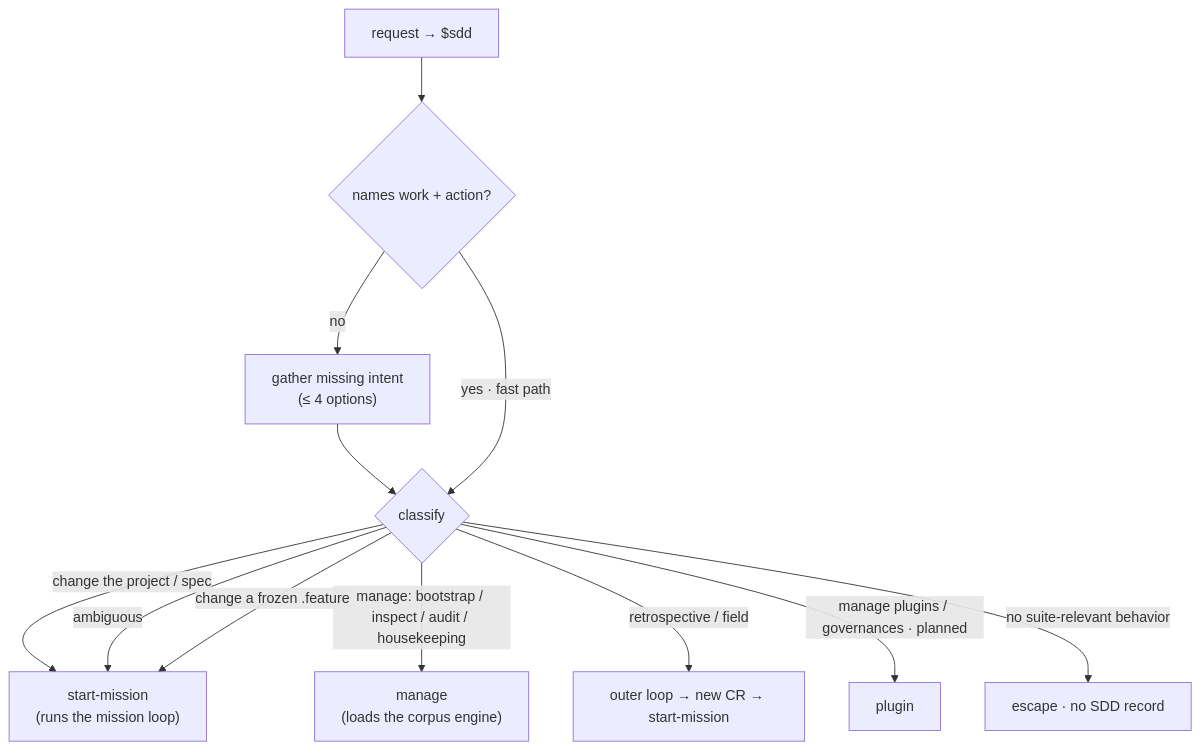
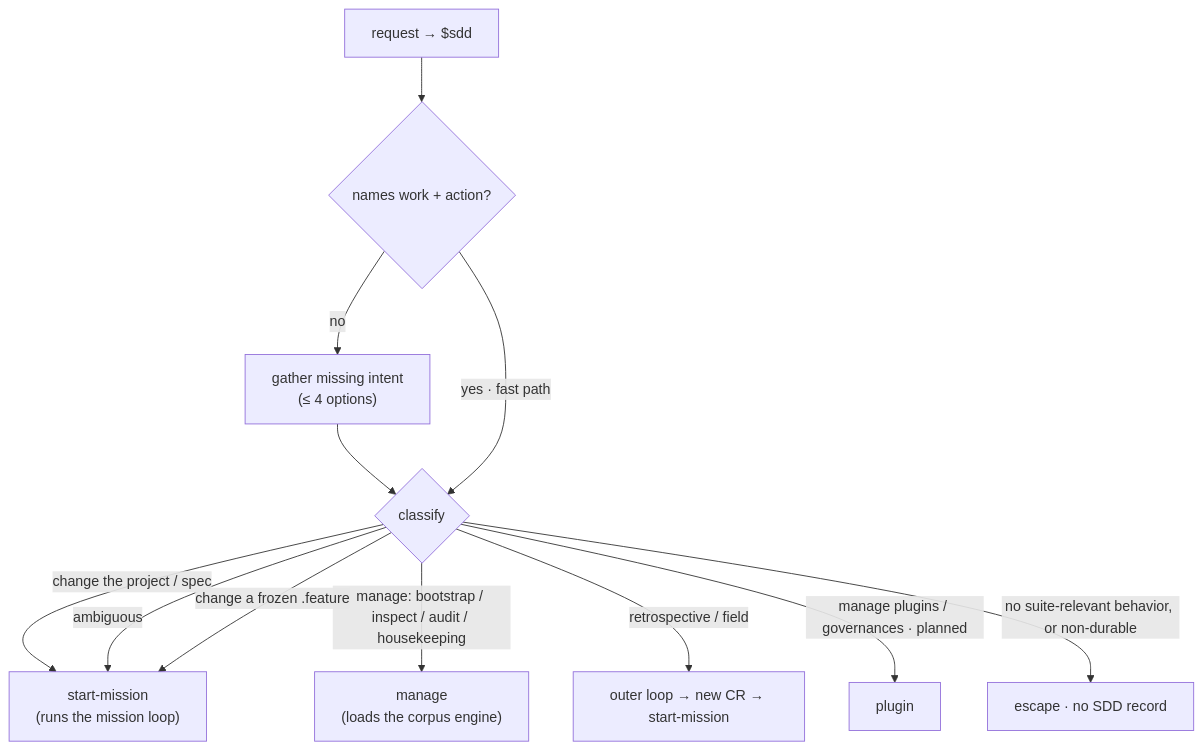
Before and after one commit to cyberuni/cyber-sdd: the diagram in .agents/specs/sdd/gateway/README.md, drawn with Mermaid. The commit also changed other lines of this file and 2 other files, not shown here.

````diff
--- a/.agents/specs/sdd/gateway/README.md
+++ b/.agents/specs/sdd/gateway/README.md
@@ -106,13 +106,13 @@
 ```mermaid
 flowchart TD
     REQ["request → $sdd"] --> BARE{"names work + action?"}
     BARE -->|no| GATHER["gather missing intent<br/>(≤ 4 options)"] --> CLASSIFY
     BARE -->|yes · fast path| CLASSIFY{classify}
     CLASSIFY -->|change the project / spec| SM["start-mission<br/>(runs the mission loop)"]
     CLASSIFY -->|manage: bootstrap / inspect / audit / housekeeping| MANAGE["manage<br/>(loads the corpus engine)"]
     CLASSIFY -->|retrospective / field| OUTER["outer loop → new CR → start-mission"]
     CLASSIFY -->|manage plugins / governances · planned| PLUGIN["plugin"]
-    CLASSIFY -->|no suite-relevant behavior| ESCAPE["escape · no SDD record"]
+    CLASSIFY -->|no suite-relevant behavior, or non-durable| ESCAPE["escape · no SDD record"]
     CLASSIFY -->|ambiguous| SM
     CLASSIFY -->|change a frozen .feature| SM
 ```
````
